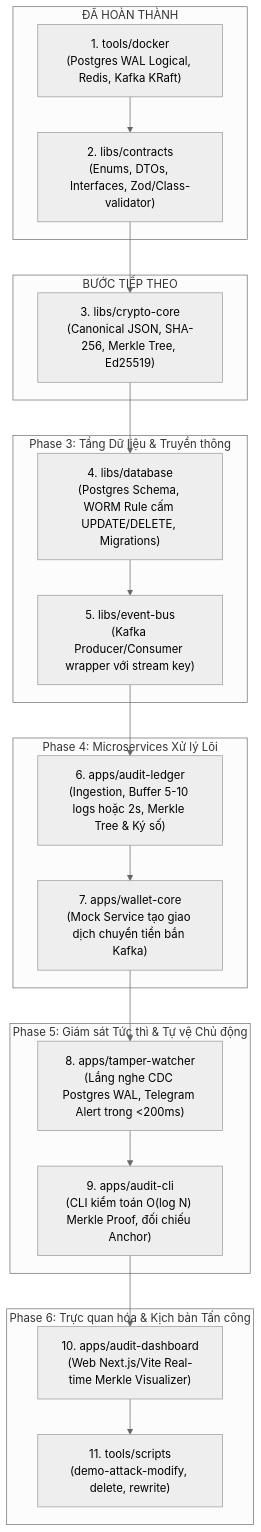
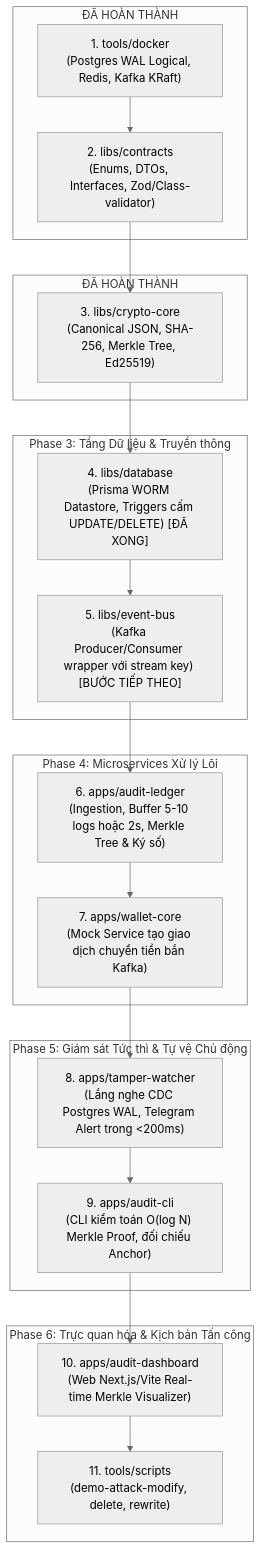
Before and after one commit to ThanhLong3125/aegis-ledger: the diagram in ROADMAP.md, drawn with Mermaid (neutral theme). The commit also changed other lines of this file and 19 other files, not shown here.

````diff
--- a/ROADMAP.md
+++ b/ROADMAP.md
@@ -24,33 +24,33 @@
 ```mermaid
 flowchart TD
     subgraph Phase 1: Nền tảng & Hạ tầng [ĐÃ HOÀN THÀNH]
         DOK["1. tools/docker<br>(Postgres WAL Logical, Redis, Kafka KRaft)"]
         CTR["2. libs/contracts<br>(Enums, DTOs, Interfaces, Zod/Class-validator)"]
     end
 
-    subgraph Phase 2: Trái tim Mật mã học [BƯỚC TIẾP THEO]
+    subgraph Phase 2: Trái tim Mật mã học [ĐÃ HOÀN THÀNH]
         CRY["3. libs/crypto-core<br>(Canonical JSON, SHA-256, Merkle Tree, Ed25519)"]
     end
 
     subgraph Phase 3: Tầng Dữ liệu & Truyền thông
-        DB["4. libs/database<br>(Postgres Schema, WORM Rule cấm UPDATE/DELETE, Migrations)"]
-        BUS["5. libs/event-bus<br>(Kafka Producer/Consumer wrapper với stream key)"]
+        DB["4. libs/database<br>(Prisma WORM Datastore, Triggers cấm UPDATE/DELETE) [ĐÃ XONG]"]
+        BUS["5. libs/event-bus<br>(Kafka Producer/Consumer wrapper với stream key) [BƯỚC TIẾP THEO]"]
     end
 
     subgraph Phase 4: Microservices Xử lý Lõi
         LED["6. apps/audit-ledger<br>(Ingestion, Buffer 5-10 logs hoặc 2s, Merkle Tree & Ký số)"]
         WAL["7. apps/wallet-core<br>(Mock Service tạo giao dịch chuyển tiền bắn Kafka)"]
     end
 
     subgraph Phase 5: Giám sát Tức thì & Tự vệ Chủ động
         WAT["8. apps/tamper-watcher<br>(Lắng nghe CDC Postgres WAL, Telegram Alert trong <200ms)"]
         CLI["9. apps/audit-cli<br>(CLI kiểm toán O(log N) Merkle Proof, đối chiếu Anchor)"]
     end
 
     subgraph Phase 6: Trực quan hóa & Kịch bản Tấn công
         DSH["10. apps/audit-dashboard<br>(Web Next.js/Vite Real-time Merkle Visualizer)"]
         ATK["11. tools/scripts<br>(demo-attack-modify, delete, rewrite)"]
     end
 
     DOK --> CTR --> CRY --> DB --> BUS --> LED --> WAL --> WAT --> CLI --> DSH --> ATK
 ```
````
